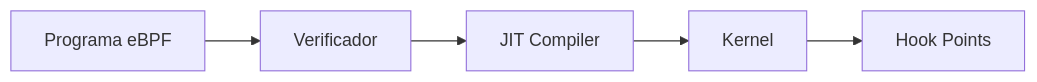
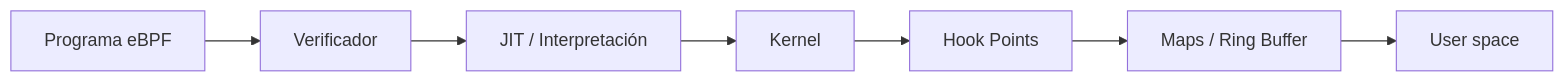
One commit to 0x574R/0x574R.github.io changed the diagram in docs/research/kernel/ebpf-intro.md. Above: the diagram before and after it, drawn with Mermaid. The commit also changed other lines of this file and 13 other files, not shown here.

````diff
--- a/docs/research/kernel/ebpf-intro.md
+++ b/docs/research/kernel/ebpf-intro.md
@@ -7,7 +15,9 @@
 ```mermaid
 graph LR
-    A[Programa eBPF] --> B[Verificador]
-    B --> C[JIT Compiler]
-    C --> D[Kernel]
-    D --> E[Hook Points]
+  A[Programa eBPF] --> B[Verificador]
+  B --> C[JIT / Interpretación]
+  C --> D[Kernel]
+  D --> E[Hook Points]
+  E --> F[Maps / Ring Buffer]
+  F --> G[User space]
 ```
````
